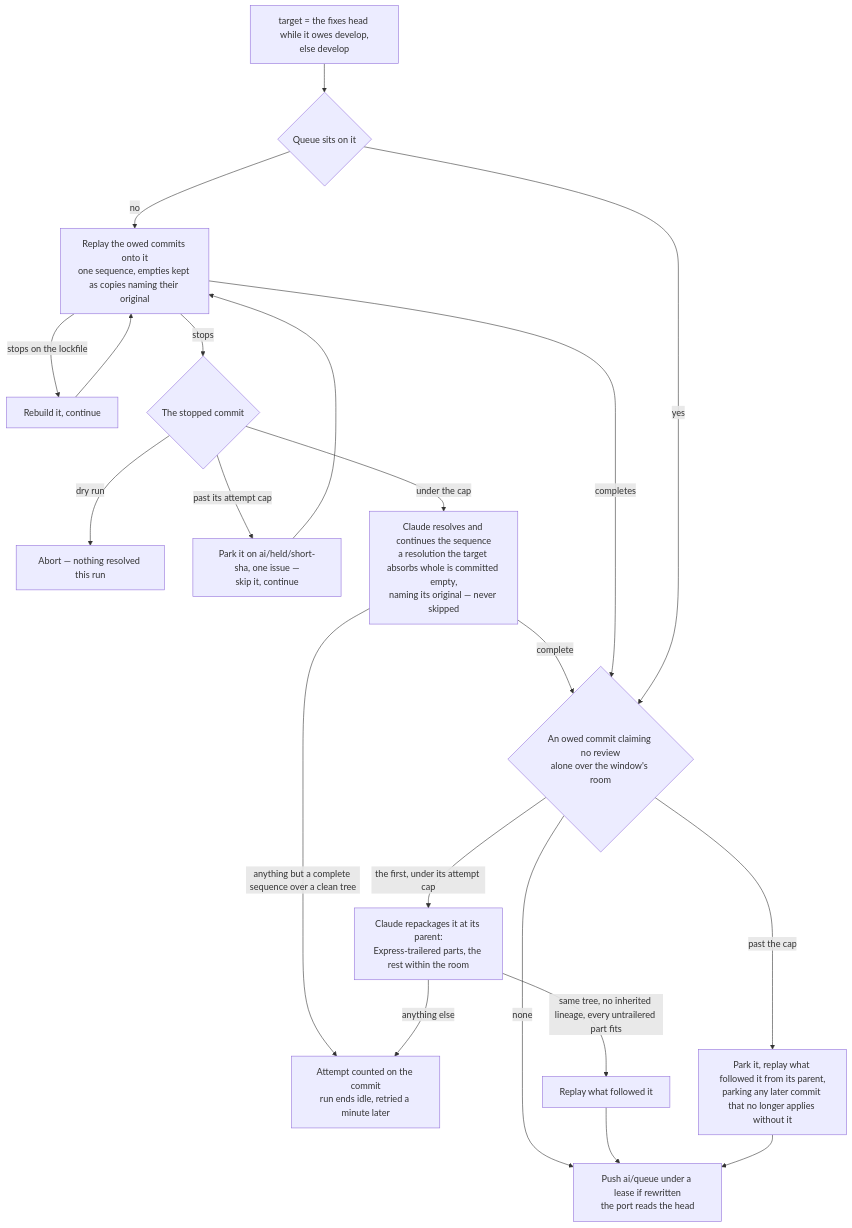
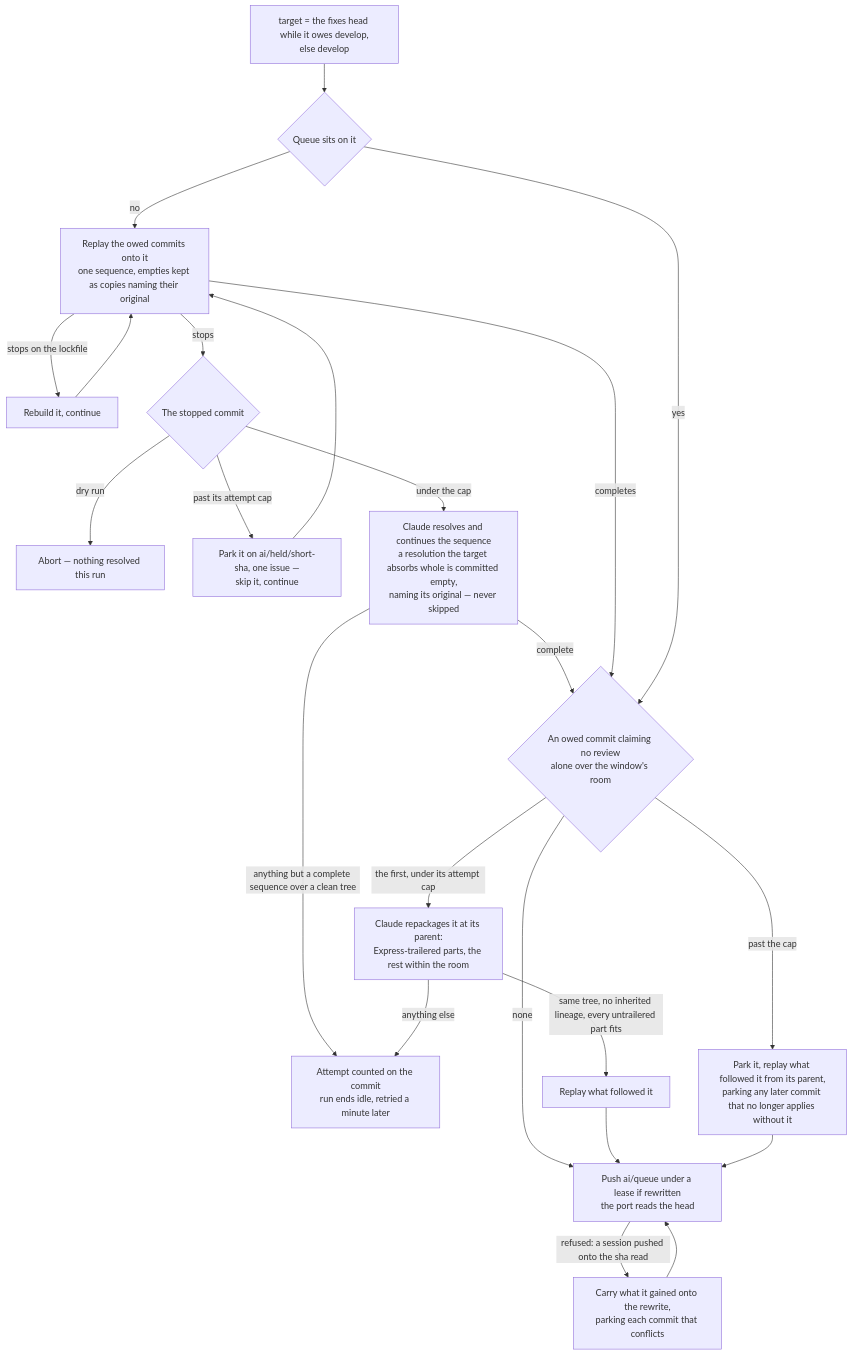
Before and after one commit to Esposter/Esposter: the second of 3 diagrams in apps/web/content/docs/infra/review-collector/collection-cycle.md, drawn with Mermaid. The commit also changed other lines of this file and 7 other files, not shown here.

First line of the commit message:
fix(scripts): a commit a session pushed under the queue's rewrite that conflicts with it is parked, and the rewrite still pushes

````diff
--- a/apps/web/content/docs/infra/review-collector/collection-cycle.md
+++ b/apps/web/content/docs/infra/review-collector/collection-cycle.md
@@ -93,19 +93,20 @@
 ```mermaid
 flowchart TD
   T[target = the fixes head while it owes develop,<br/>else develop] --> A{Queue sits on it}
   A -->|no| R[Replay the owed commits onto it<br/>one sequence, empties kept as copies naming their original]
   R -->|stops on the lockfile| LF[Rebuild it, continue] --> R
   R -->|stops| C{The stopped commit}
   C -->|dry run| AB[Abort — nothing resolved this run]
   C -->|past its attempt cap| PK[Park it on ai/held/short-sha, one issue —<br/>skip it, continue] --> R
   C -->|under the cap| CL[Claude resolves and continues the sequence<br/>a resolution the target absorbs whole is committed empty,<br/>naming its original — never skipped]
   CL -->|anything but a complete sequence over a clean tree| F[Attempt counted on the commit<br/>run ends idle, retried a minute later]
   CL -->|complete| RS
   R -->|completes| RS
   A -->|yes| RS{An owed commit claiming no review<br/>alone over the window's room}
   RS -->|none| P[Push ai/queue under a lease if rewritten<br/>the port reads the head]
+  P -->|refused: a session pushed onto the sha read| G[Carry what it gained onto the rewrite,<br/>parking each commit that conflicts] --> P
   RS -->|the first, under its attempt cap| SH[Claude repackages it at its parent:<br/>Express-trailered parts, the rest within the room]
   SH -->|same tree, no inherited lineage, every untrailered part fits| RP[Replay what followed it] --> P
   SH -->|anything else| F
   RS -->|past the cap| PR[Park it, replay what followed it from its parent,<br/>parking any later commit that no longer applies without it] --> P
 ```
````
